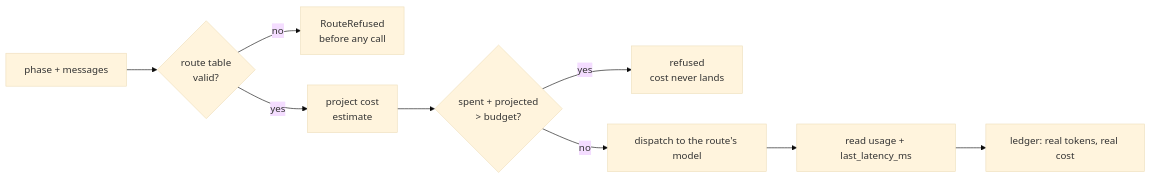
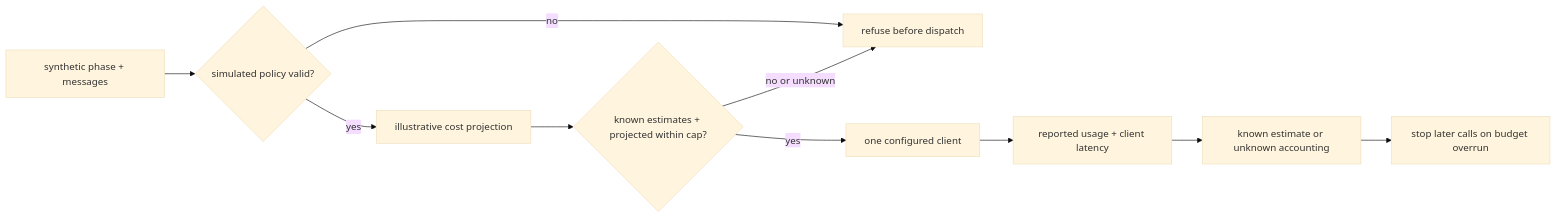
The diagram in sessions/s11-budgets-routing/public/diagrams/s11-budget.mmd (macayaven/agent-harness-path), drawn with Mermaid (base theme) before and after one commit. The commit also changed 18 other files, not shown here.

```diff
--- a/sessions/s11-budgets-routing/public/diagrams/s11-budget.mmd
+++ b/sessions/s11-budgets-routing/public/diagrams/s11-budget.mmd
@@ -1,9 +1,10 @@
 flowchart LR
-    P[phase + messages] --> V{route table<br/>valid?}
-    V -- no --> R[RouteRefused<br/>before any call]
-    V -- yes --> E[project cost<br/>estimate]
-    E --> G{spent + projected<br/>&gt; budget?}
-    G -- yes --> X[refused<br/>cost never lands]
-    G -- no --> C[dispatch to the route's model]
-    C --> U[read usage + last_latency_ms]
-    U --> L[ledger: real tokens, real cost]
+    P[synthetic phase + messages] --> V{simulated policy valid?}
+    V -- no --> R[refuse before dispatch]
+    V -- yes --> E[illustrative cost projection]
+    E --> G{known estimates + projected within cap?}
+    G -- no or unknown --> R
+    G -- yes --> C[one configured client]
+    C --> U[reported usage + client latency]
+    U --> L[known estimate or unknown accounting]
+    L --> S[stop later calls on budget overrun]
```
